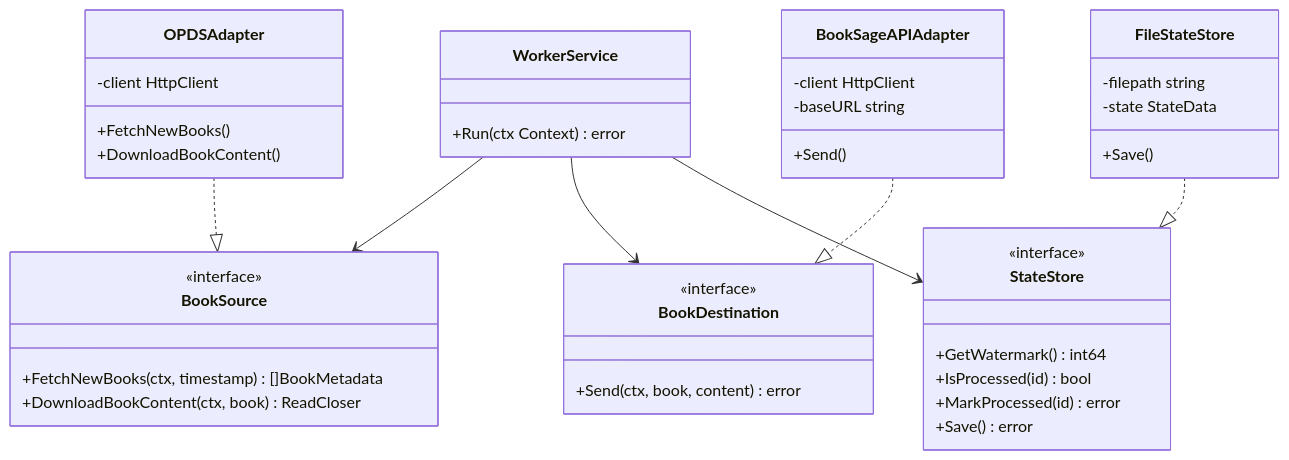
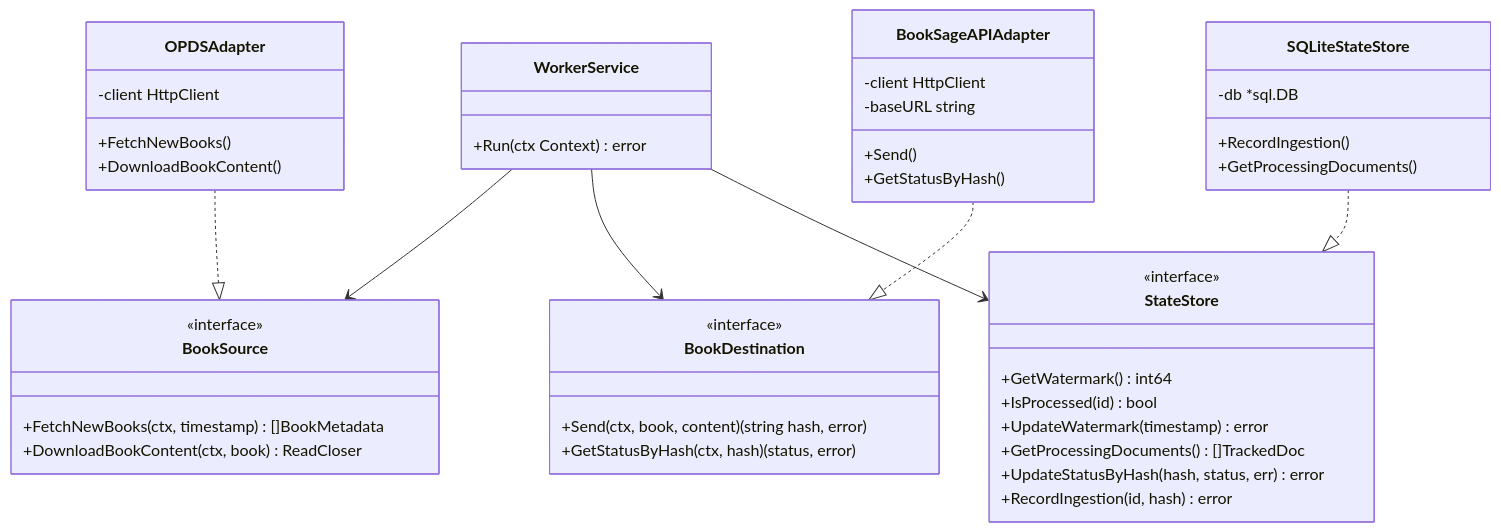
The second of 4 diagrams in bookscout/ARCHITECTURE.md (tamara1031/booksage), drawn with Mermaid before and after one commit. The commit also changed other lines of this file and 13 other files, not shown here.

Commit message:
feat: migrate state tracking from file-based to SQLite and add ingestion status synchronization

````diff
--- a/bookscout/ARCHITECTURE.md
+++ b/bookscout/ARCHITECTURE.md
@@ -44,53 +48,57 @@
 ```mermaid
 classDiagram
     direction TB
 
     class WorkerService {
         +Run(ctx Context) error
     }
 
     class BookSource {
         <<interface>>
         +FetchNewBooks(ctx, timestamp) []BookMetadata
         +DownloadBookContent(ctx, book) ReadCloser
     }
 
     class BookDestination {
         <<interface>>
-        +Send(ctx, book, content) error
+        +Send(ctx, book, content) (string hash, error)
+        +GetStatusByHash(ctx, hash) (status, error)
     }
 
     class StateStore {
         <<interface>>
         +GetWatermark() int64
         +IsProcessed(id) bool
-        +MarkProcessed(id) error
-        +Save() error
+        +UpdateWatermark(timestamp) error
+        +GetProcessingDocuments() []TrackedDoc
+        +UpdateStatusByHash(hash, status, err) error
+        +RecordIngestion(id, hash) error
     }
 
     class OPDSAdapter {
         -client HttpClient
         +FetchNewBooks()
         +DownloadBookContent()
     }
 
     class BookSageAPIAdapter {
         -client HttpClient
         -baseURL string
         +Send()
+        +GetStatusByHash()
     }
 
-    class FileStateStore {
-        -filepath string
-        -state StateData
-        +Save()
+    class SQLiteStateStore {
+        -db *sql.DB
+        +RecordIngestion()
+        +GetProcessingDocuments()
     }
 
     WorkerService --> BookSource
     WorkerService --> BookDestination
     WorkerService --> StateStore
 
     OPDSAdapter ..|> BookSource
     BookSageAPIAdapter ..|> BookDestination
-    FileStateStore ..|> StateStore
+    SQLiteStateStore ..|> StateStore
 ```
````
